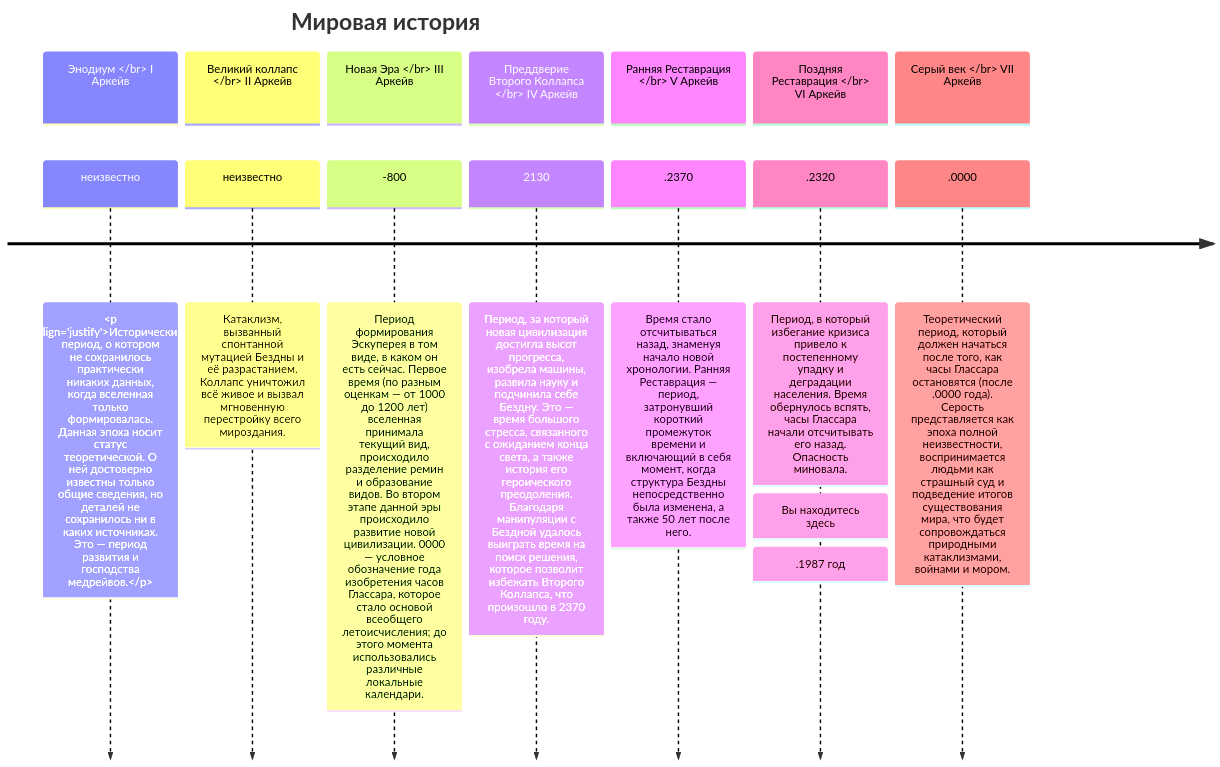
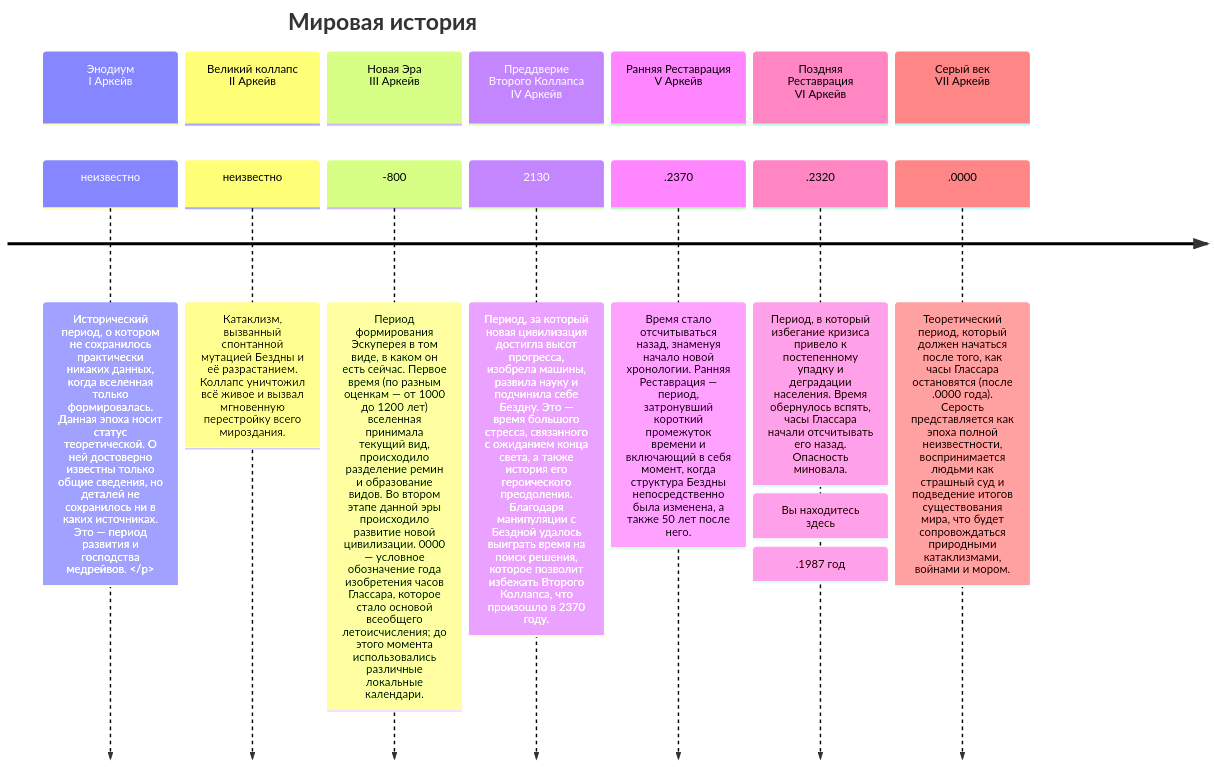
The diagram in content/Песочница.md (Remain-Nameless/Escupereum), drawn with Mermaid before and after one commit. The commit also changed other lines of this file, not shown here.

Commit message:
vault backup: 2025-12-18 15:12:29

````diff
--- a/content/Песочница.md
+++ b/content/Песочница.md
@@ -6,24 +6,24 @@
 ```mermaid
 ---
 config:
 theme: 'base' 
 timeline: 
 disableMulticolor: true
 ---
 timeline
     title Мировая история
-    section Энодиум </br> I Аркейв
-        неизвестно : <p align="justify">Исторический период, о котором не сохранилось практически никаких данных, когда вселенная только формировалась. Данная эпоха носит статус теоретической. О ней достоверно известны только общие сведения,  но деталей не сохранилось ни в каких источниках. Это — период развития и господства медрейвов.</p>
-    section Великий коллапс </br> II Аркейв
+    section Энодиум <br> I Аркейв
+        неизвестно : Исторический период, о котором не сохранилось практически никаких данных, когда вселенная только формировалась. Данная эпоха носит статус теоретической. О ней достоверно известны только общие сведения, но деталей не сохранилось ни в каких источниках. Это — период развития и господства медрейвов. </p>
+    section Великий коллапс <br> II Аркейв
 	    неизвестно : Катаклизм, вызванный спонтанной мутацией Бездны и её разрастанием. Коллапс уничтожил всё живое и вызвал мгновенную перестройку всего мироздания.
-	section Новая Эра </br> III Аркейв
+	section Новая Эра <br> III Аркейв
 		-800 : Период формирования Эскуперея в том виде, в каком он есть сейчас. Первое время (по разным оценкам — от 1000 до 1200 лет) вселенная принимала текущий вид, происходило разделение ремин и образование видов. Во втором этапе данной эры происходило развитие новой цивилизации. 0000 — условное обозначение года изобретения часов Глассара, которое стало основой всеобщего летоисчисления; до этого момента использовались различные локальные календари.
-	section Преддверие Второго Коллапса </br> IV Аркейв
+	section Преддверие Второго Коллапса <br> IV Аркейв
 		2130 : Период, за который новая цивилизация достигла высот прогресса, изобрела машины, развила науку и подчинила себе Бездну. Это — время большого стресса, связанного с ожиданием конца света, а также история его героического преодоления. Благодаря манипуляции с Бездной удалось выиграть время на поиск решения, которое позволит избежать Второго Коллапса, что произошло в 2370 году.
-	section Ранняя Реставрация </br> V Аркейв
+	section Ранняя Реставрация <br> V Аркейв
 		.2370 : Время стало отсчитываться назад, знаменуя начало новой хронологии. Ранняя Реставрация — период, затронувший короткий промежуток времени и включающий в себя момент, когда структура Бездны непосредственно была изменена, а также 50 лет после него. 
-	section Поздняя Реставрация </br> VI Аркейв
+	section Поздняя Реставрация <br> VI Аркейв
 		.2320 : Период, в который избегание кризиса привело к постепенному упадку и деградации населения. Время обернулось вспять, часы Глассара начали отсчитывать его назад. Опасность миновала. : Вы находитесь здесь : .1987 год
-	section Серый век </br> VII Аркейв
+	section Серый век <br> VII Аркейв
 		.0000 : Теоретический период, который должен начаться после того, как часы Глассара остановятся (после .0000 года). Серость представляется как эпоха полной неизвестности, воспринимается людьми как страшный суд и подведение итогов существования мира, что будет сопровождаться природными катаклизмами, войнами и мором.
 ```
````
